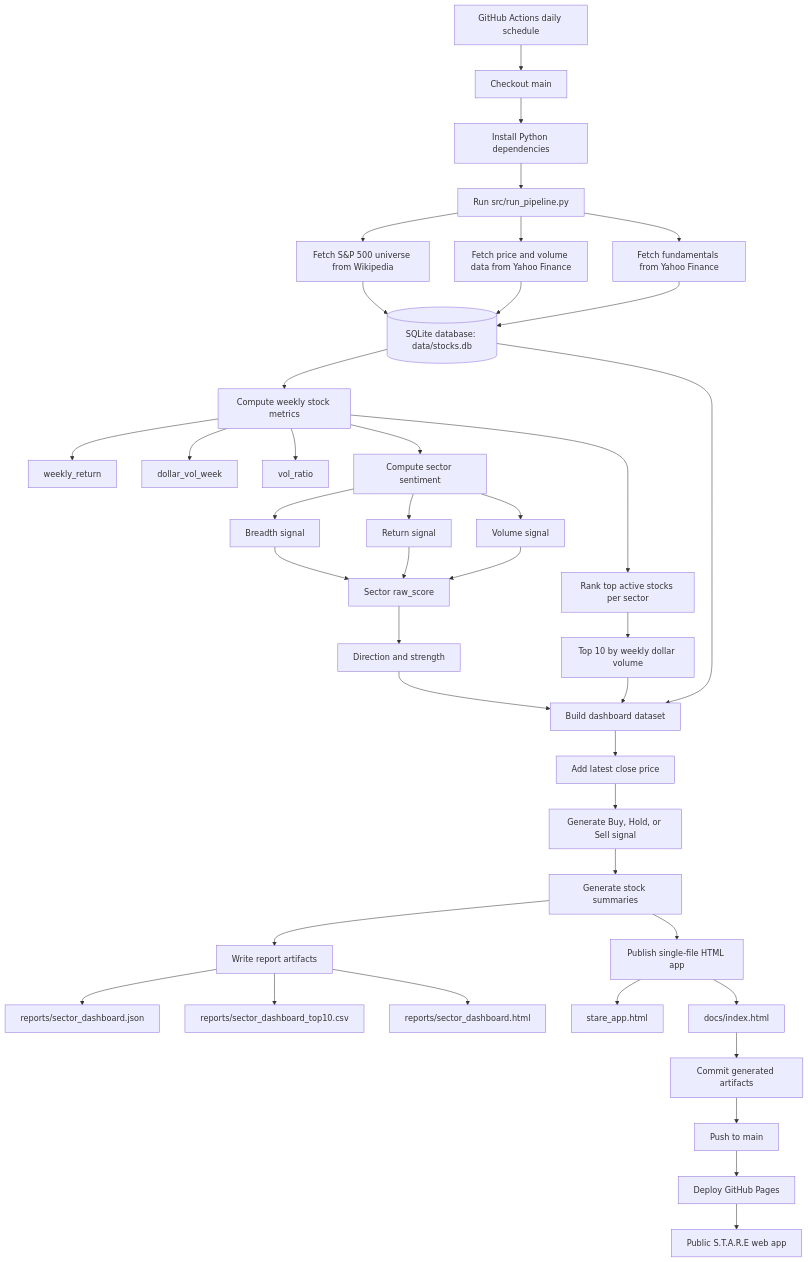
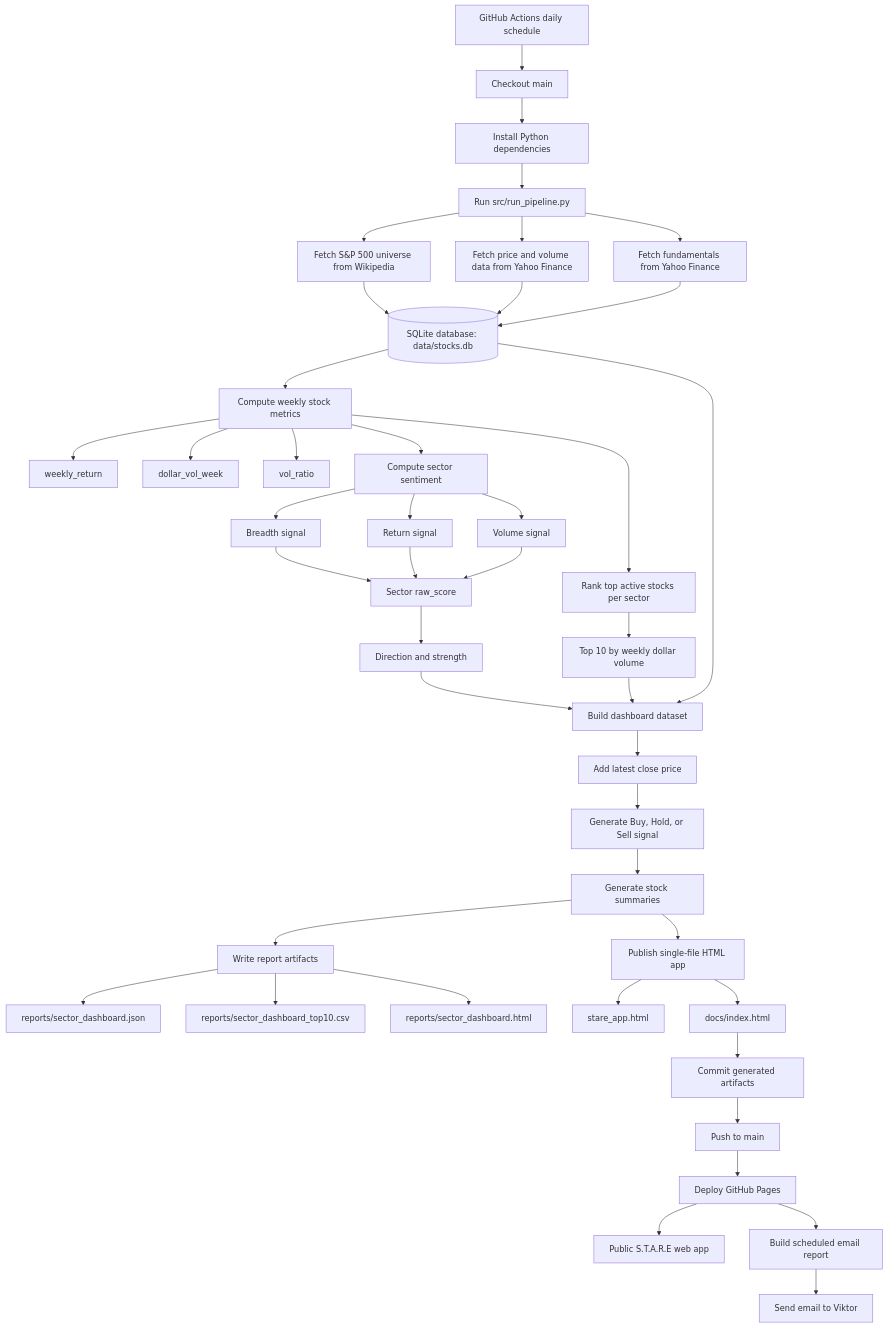
One commit to vittok/stare changed the diagram in README.md. Above: the diagram before and after it, drawn with Mermaid. The commit also changed other lines of this file and 2 other files, not shown here.

Commit message:
Email scheduled STARE reports

````diff
--- a/README.md
+++ b/README.md
@@ -90,52 +90,54 @@
 ```mermaid
 flowchart TD
     A["GitHub Actions daily schedule"] --> B["Checkout main"]
     B --> C["Install Python dependencies"]
     C --> D["Run src/run_pipeline.py"]
 
     D --> E["Fetch S&P 500 universe from Wikipedia"]
     D --> F["Fetch price and volume data from Yahoo Finance"]
     D --> G["Fetch fundamentals from Yahoo Finance"]
 
     E --> H[("SQLite database: data/stocks.db")]
     F --> H
     G --> H
 
     H --> I["Compute weekly stock metrics"]
     I --> I1["weekly_return"]
     I --> I2["dollar_vol_week"]
     I --> I3["vol_ratio"]
 
     I --> J["Compute sector sentiment"]
     J --> J1["Breadth signal"]
     J --> J2["Return signal"]
     J --> J3["Volume signal"]
     J1 --> K["Sector raw_score"]
     J2 --> K
     J3 --> K
     K --> L["Direction and strength"]
 
     I --> M["Rank top active stocks per sector"]
     M --> N["Top 10 by weekly dollar volume"]
 
     H --> O["Build dashboard dataset"]
     L --> O
     N --> O
     O --> P["Add latest close price"]
     P --> Q["Generate Buy, Hold, or Sell signal"]
     Q --> R["Generate stock summaries"]
 
     R --> S["Write report artifacts"]
     S --> S1["reports/sector_dashboard.json"]
     S --> S2["reports/sector_dashboard_top10.csv"]
     S --> S3["reports/sector_dashboard.html"]
 
     R --> T["Publish single-file HTML app"]
     T --> T1["stare_app.html"]
     T --> T2["docs/index.html"]
 
     T2 --> U["Commit generated artifacts"]
     U --> V["Push to main"]
     V --> W["Deploy GitHub Pages"]
     W --> X["Public S.T.A.R.E web app"]
+    W --> Y["Build scheduled email report"]
+    Y --> Z["Send email to Viktor"]
 ```
````
